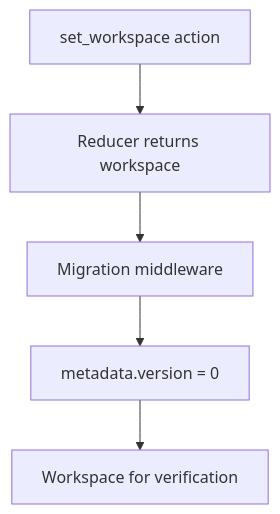
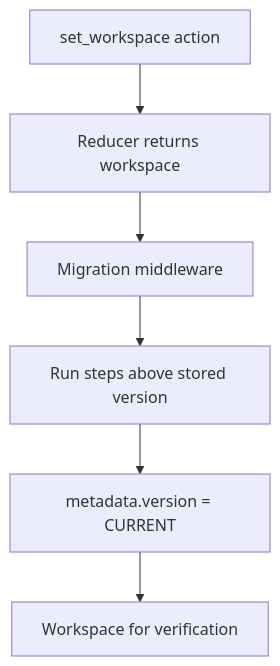
Before and after one commit to SeldonDigital/seldon: the diagram in packages/core/workspace/middleware/migration/README.md, drawn with Mermaid. The commit also changed other lines of this file and 14 other files, not shown here.

````diff
--- a/packages/core/workspace/middleware/migration/README.md
+++ b/packages/core/workspace/middleware/migration/README.md
@@ -9,7 +7,8 @@
 ```mermaid
 flowchart TB
   action[set_workspace action] --> reducer[Reducer returns workspace]
   reducer --> migration[Migration middleware]
-  migration --> version[metadata.version = 0]
+  migration --> steps[Run steps above stored version]
+  steps --> version[metadata.version = CURRENT]
   version --> out[Workspace for verification]
 ```
````
